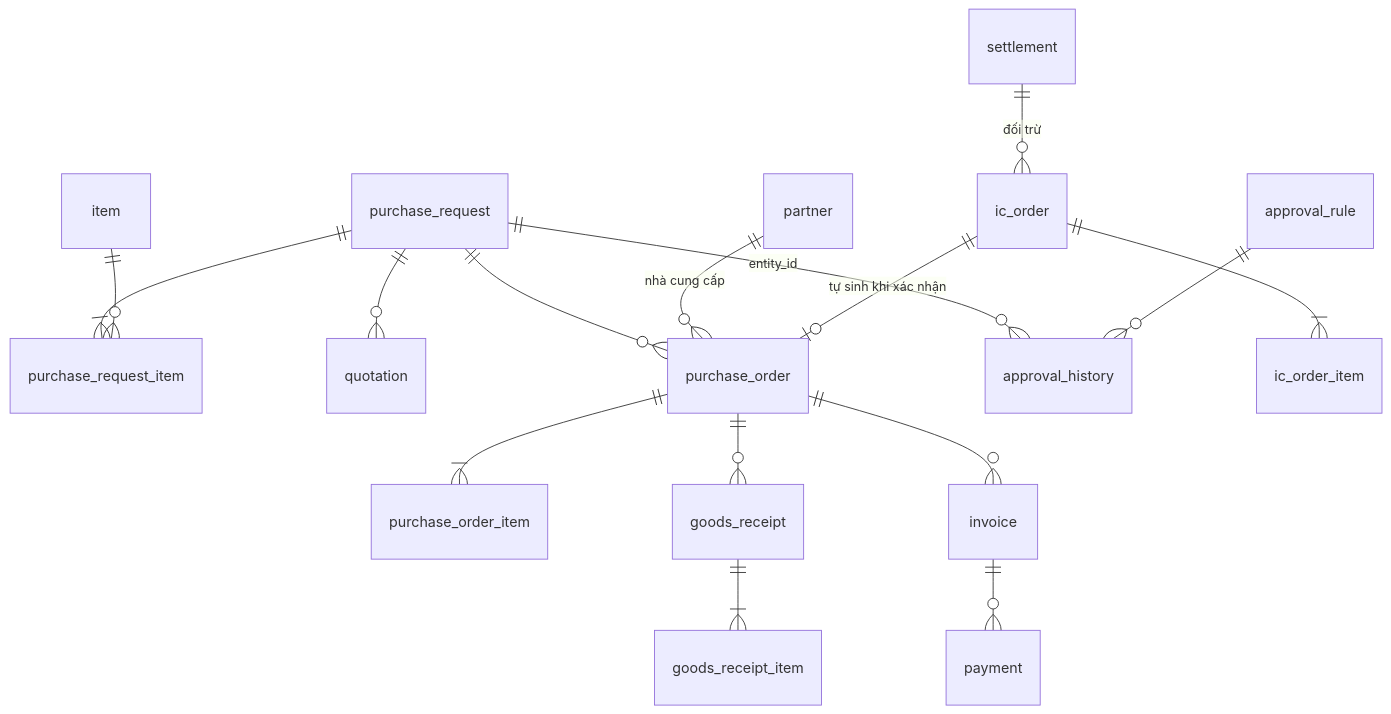
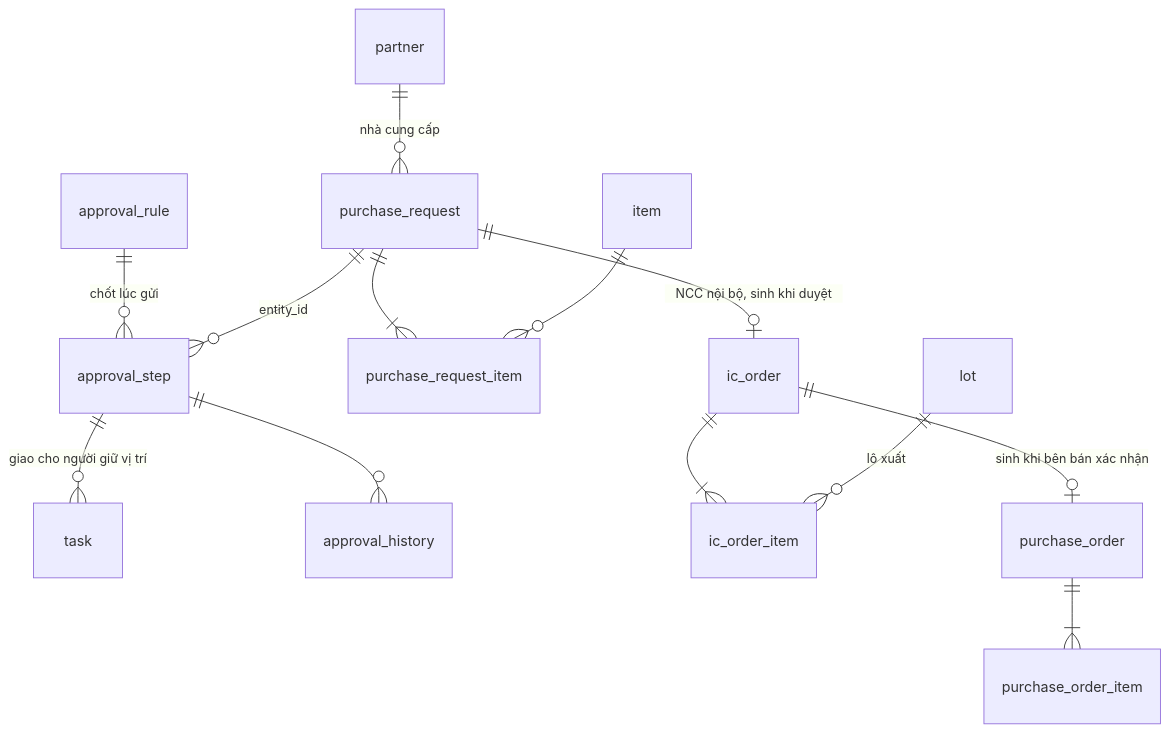
One commit to ThanhNLT/CTU_Bamboo changed the second of 2 diagrams in docs/thiet-ke/03-thiet-ke-csdl.md. Above: the diagram before and after it, drawn with Mermaid. The commit also changed other lines of this file and 21 other files, not shown here.

````diff
--- a/docs/thiet-ke/03-thiet-ke-csdl.md
+++ b/docs/thiet-ke/03-thiet-ke-csdl.md
@@ -82,18 +126,15 @@
 ```mermaid
 erDiagram
+  approval_rule ||--o{ approval_step : "chốt lúc gửi"
+  purchase_request ||--o{ approval_step : "entity_id"
+  approval_step ||--o{ task : "giao cho người giữ vị trí"
+  approval_step ||--o{ approval_history : ""
   purchase_request ||--|{ purchase_request_item : ""
-  purchase_request ||--o{ quotation : ""
-  purchase_request ||--o{ purchase_order : ""
-  purchase_request ||--o{ approval_history : "entity_id"
-  approval_rule ||--o{ approval_history : ""
+  partner ||--o{ purchase_request : "nhà cung cấp"
+  item ||--o{ purchase_request_item : ""
+  purchase_request ||--o| ic_order : "NCC nội bộ, sinh khi duyệt"
+  ic_order ||--|{ ic_order_item : ""
+  lot ||--o{ ic_order_item : "lô xuất"
+  ic_order ||--o| purchase_order : "sinh khi bên bán xác nhận"
   purchase_order ||--|{ purchase_order_item : ""
-  purchase_order ||--o{ goods_receipt : ""
-  goods_receipt ||--|{ goods_receipt_item : ""
-  purchase_order ||--o{ invoice : ""
-  invoice ||--o{ payment : ""
-  partner ||--o{ purchase_order : "nhà cung cấp"
-  item ||--o{ purchase_request_item : ""
-  ic_order ||--o| purchase_order : "tự sinh khi xác nhận"
-  ic_order ||--|{ ic_order_item : ""
-  settlement ||--o{ ic_order : "đối trừ"
 ```
````
